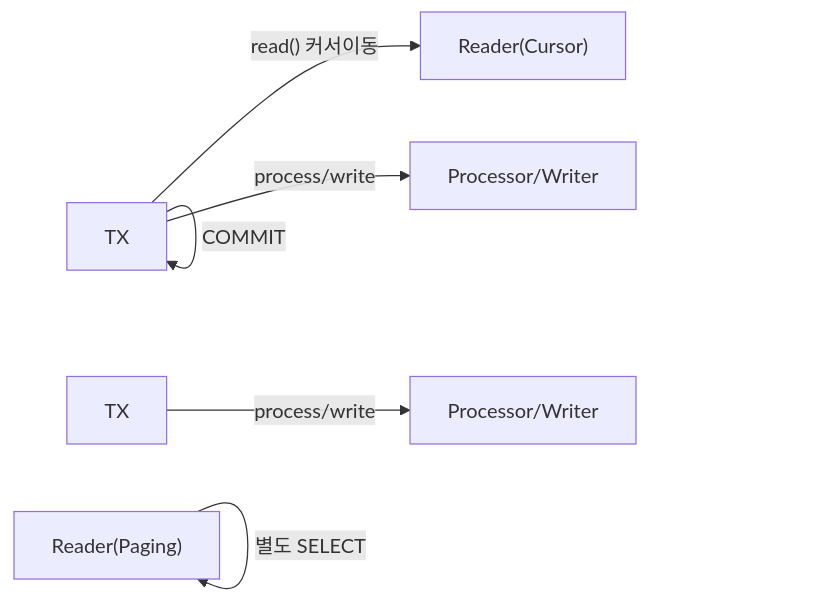
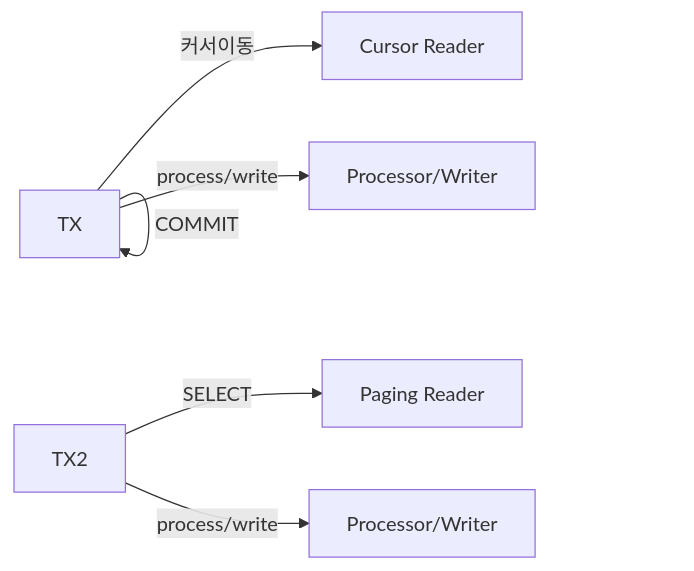
One commit to yjkim2015/yjkim2015.github.io changed the second of 6 diagrams in _posts/batch/2026-05-03-spring-batch-chunk-processing.md. Above: the diagram before and after it, drawn with Mermaid. The commit also changed other lines of this file and 245 other files, not shown here.

First line of the commit message:
Mermaid 다이어그램 전면 수정 + 면접 포인트 접기/펼치기 + DB 데드락 페이지

````diff
--- a/_posts/batch/2026-05-03-spring-batch-chunk-processing.md
+++ b/_posts/batch/2026-05-03-spring-batch-chunk-processing.md
@@ -81,8 +81,8 @@
 ```mermaid
 graph LR
-    TX["TX"] -->|"read() 커서이동"| CR["Reader(Cursor)"]
+    TX["TX"] -->|"커서이동"| CR["Cursor Reader"]
     TX -->|"process/write"| PW["Processor/Writer"]
     TX -->|"COMMIT"| TX
-    CR2["Reader(Paging)"] -->|"별도 SELECT"| CR2
-    TX2["TX"] -->|"process/write"| PW2["Processor/Writer"]
+    TX2["TX2"] -->|"SELECT"| CR2["Paging Reader"]
+    TX2 -->|"process/write"| PW2["Processor/Writer"]
 ```
````
